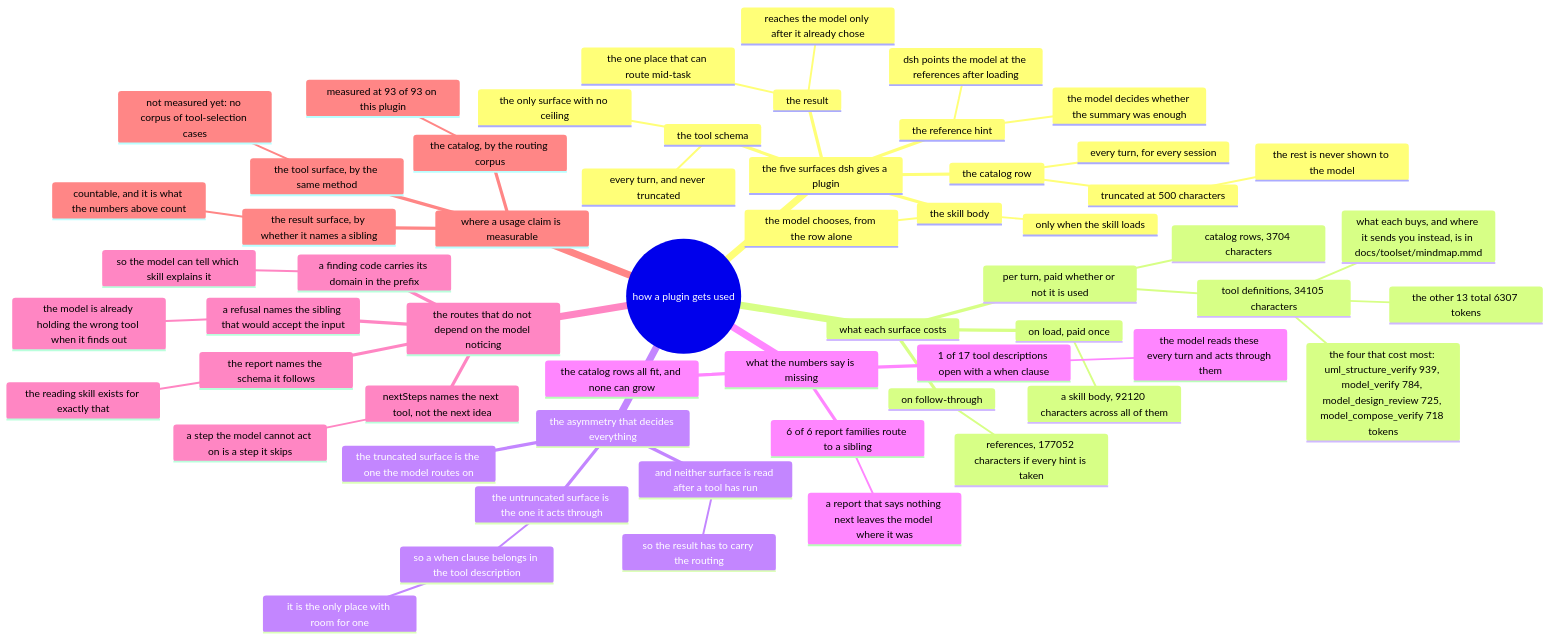
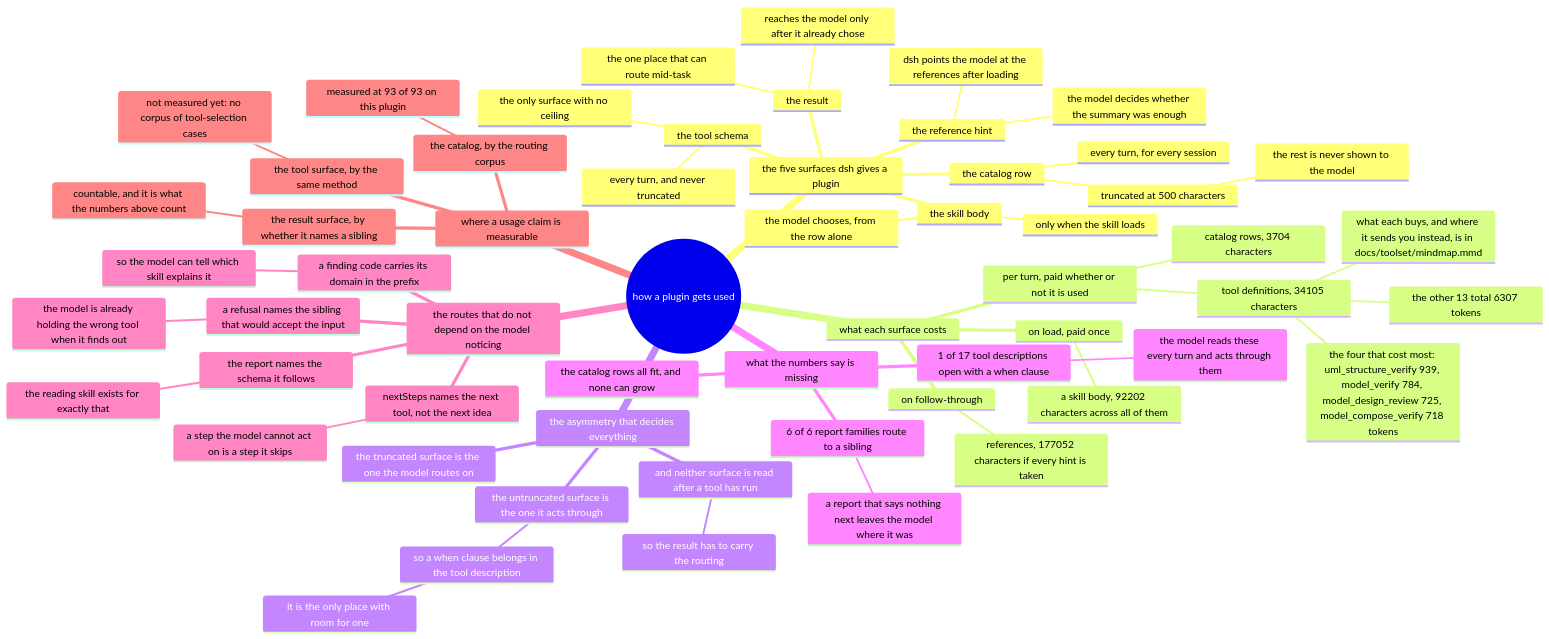
Before and after one commit to AmethystLuna/dsh-model-everything: the diagram in docs/usage/mindmap.mmd, drawn with Mermaid. The commit also changed 16 other files, not shown here.

```diff
--- a/docs/usage/mindmap.mmd
+++ b/docs/usage/mindmap.mmd
@@ -1,59 +1,59 @@
 mindmap
 root((how a plugin gets used))
   the five surfaces dsh gives a plugin
     the catalog row
       every turn, for every session
       truncated at 500 characters
         the rest is never shown to the model
     the skill body
       only when the skill loads
       the model chooses, from the row alone
     the reference hint
       dsh points the model at the references after loading
       the model decides whether the summary was enough
     the tool schema
       every turn, and never truncated
       the only surface with no ceiling
     the result
       reaches the model only after it already chose
       the one place that can route mid-task
   what each surface costs
     per turn, paid whether or not it is used
       catalog rows, 3704 characters
       tool definitions, 34105 characters
         the four that cost most: uml_structure_verify 939, model_verify 784, model_design_review 725, model_compose_verify 718 tokens
         the other 13 total 6307 tokens
         what each buys, and where it sends you instead, is in docs/toolset/mindmap.mmd
     on load, paid once
-      a skill body, 92120 characters across all of them
+      a skill body, 92202 characters across all of them
     on follow-through
       references, 177052 characters if every hint is taken
   the asymmetry that decides everything
     the truncated surface is the one the model routes on
     the untruncated surface is the one it acts through
       so a when clause belongs in the tool description
         it is the only place with room for one
     and neither surface is read after a tool has run
       so the result has to carry the routing
   what the numbers say is missing
     1 of 17 tool descriptions open with a when clause
       the model reads these every turn and acts through them
     6 of 6 report families route to a sibling
       a report that says nothing next leaves the model where it was
     the catalog rows all fit, and none can grow
   the routes that do not depend on the model noticing
     a refusal names the sibling that would accept the input
       the model is already holding the wrong tool when it finds out
     nextSteps names the next tool, not the next idea
       a step the model cannot act on is a step it skips
     a finding code carries its domain in the prefix
       so the model can tell which skill explains it
     the report names the schema it follows
       the reading skill exists for exactly that
   where a usage claim is measurable
     the catalog, by the routing corpus
       measured at 93 of 93 on this plugin
     the tool surface, by the same method
       not measured yet: no corpus of tool-selection cases
     the result surface, by whether it names a sibling
       countable, and it is what the numbers above count
```
